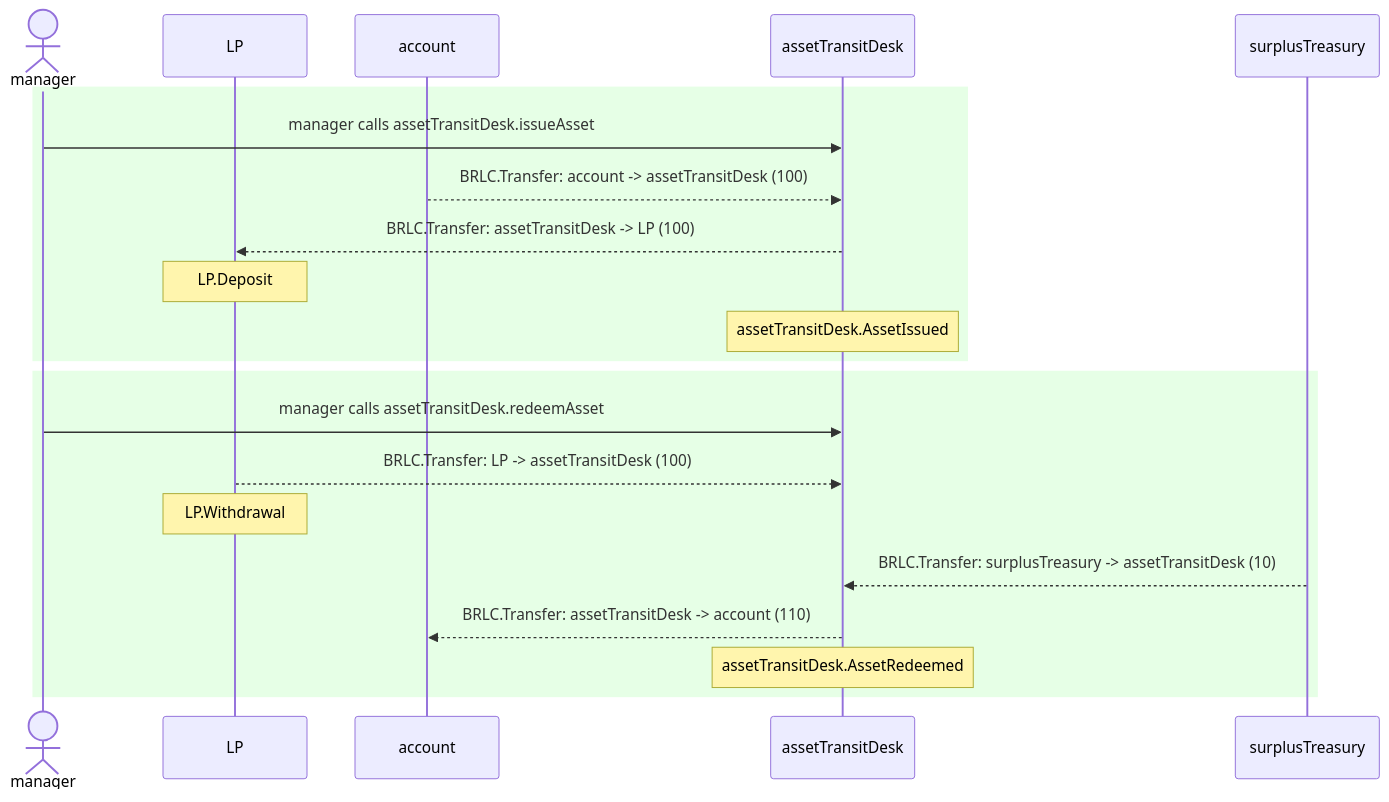
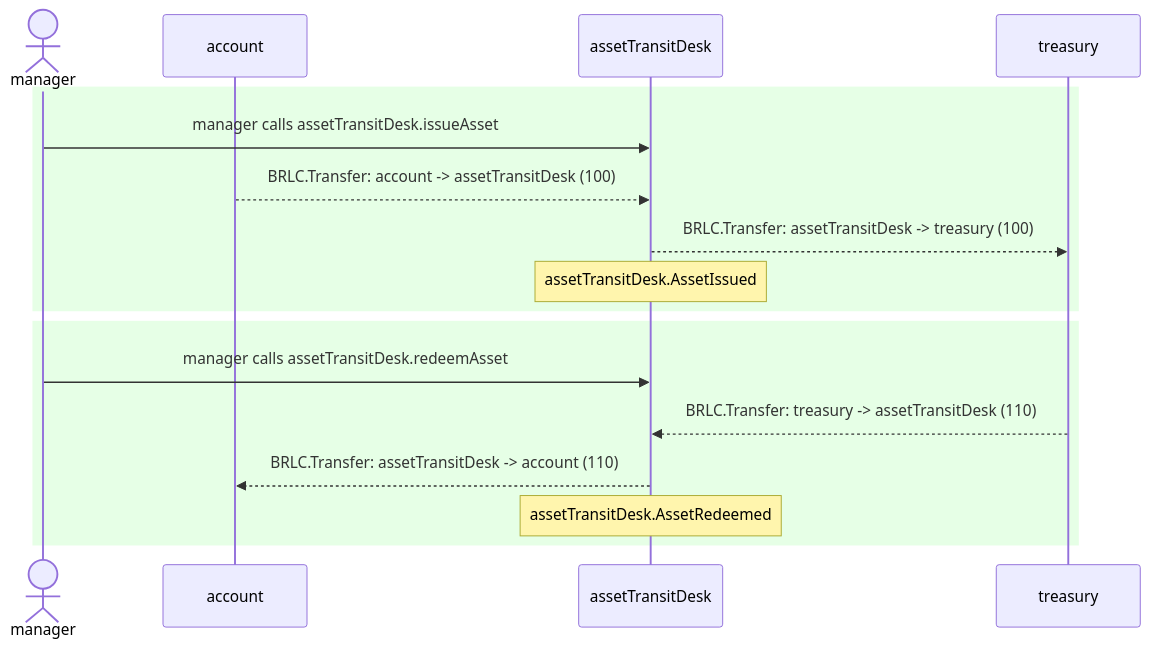
One commit to cloudwalk/brlc-asset-transit-desk changed the first of 2 diagrams in test/__snapshots__humans__/AssetTransitDesk.test.md. Above: the diagram before and after it, drawn with Mermaid. The commit also changed other lines of this file and 1 other file, not shown here.

````diff
--- a/test/__snapshots__humans__/AssetTransitDesk.test.md
+++ b/test/__snapshots__humans__/AssetTransitDesk.test.md
@@ -10,23 +10,19 @@
 ```mermaid
 sequenceDiagram
   actor manager
-  participant LP
   participant account
   participant assetTransitDesk
-  participant surplusTreasury
+  participant treasury
   rect rgb(230,255,230)
     manager->>assetTransitDesk: manager calls assetTransitDesk.issueAsset
     account-->>assetTransitDesk: BRLC.Transfer: account -> assetTransitDesk (100)
-    assetTransitDesk-->>LP: BRLC.Transfer: assetTransitDesk -> LP (100)
-    Note over LP: LP.Deposit
+    assetTransitDesk-->>treasury: BRLC.Transfer: assetTransitDesk -> treasury (100)
     Note over assetTransitDesk: assetTransitDesk.AssetIssued
   end
   rect rgb(230,255,230)
     manager->>assetTransitDesk: manager calls assetTransitDesk.redeemAsset
-    LP-->>assetTransitDesk: BRLC.Transfer: LP -> assetTransitDesk (100)
-    Note over LP: LP.Withdrawal
-    surplusTreasury-->>assetTransitDesk: BRLC.Transfer: surplusTreasury -> assetTransitDesk (10)
+    treasury-->>assetTransitDesk: BRLC.Transfer: treasury -> assetTransitDesk (110)
     assetTransitDesk-->>account: BRLC.Transfer: assetTransitDesk -> account (110)
     Note over assetTransitDesk: assetTransitDesk.AssetRedeemed
   end
 ```
````
